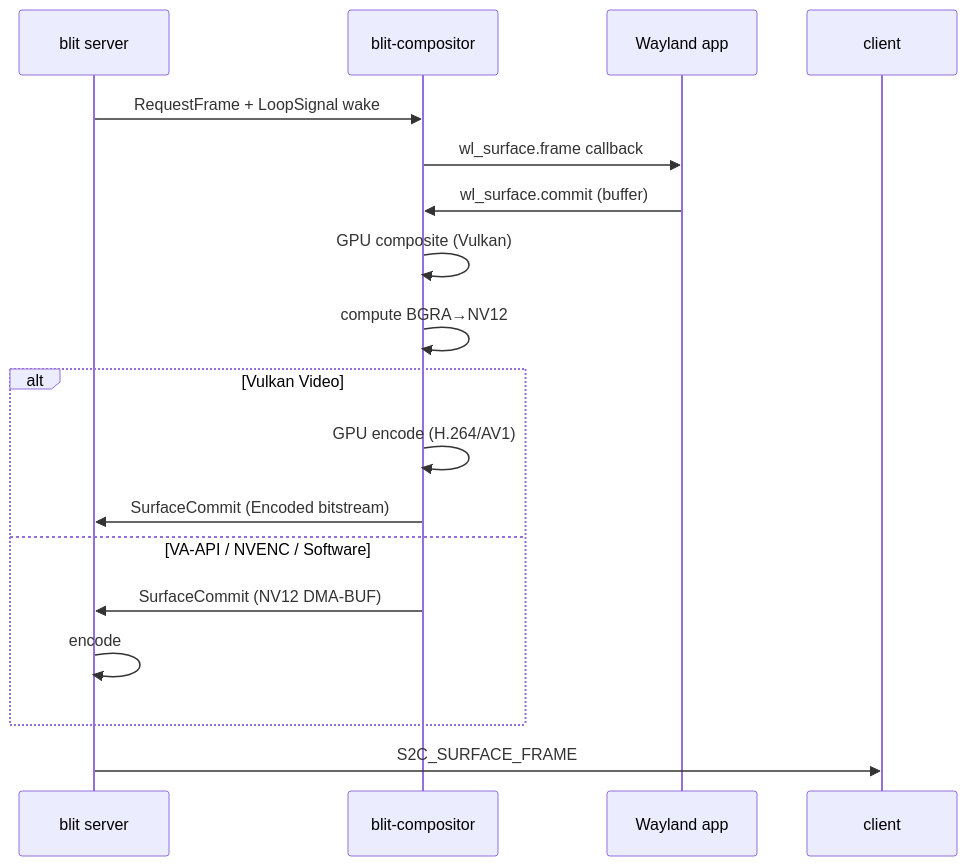
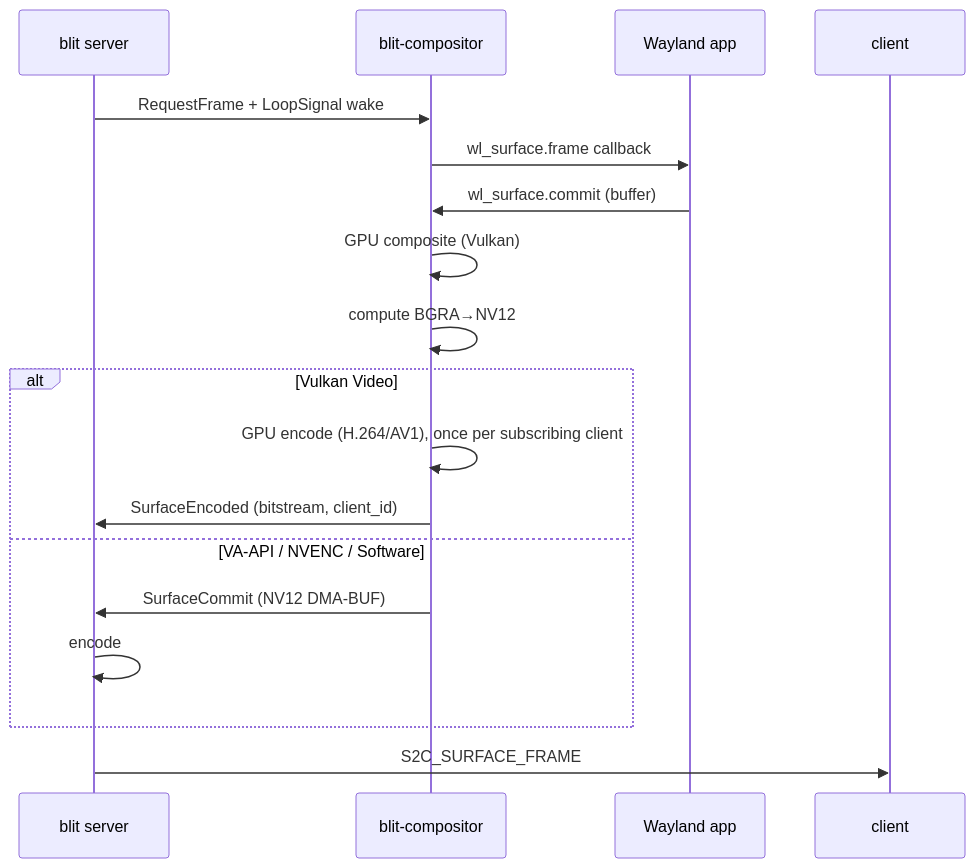
The second of 4 diagrams in docs/server.md (indent-com/blit), drawn with Mermaid before and after one commit. The commit also changed other lines of this file and 13 other files, not shown here.

First line of the commit message:
encoders: adaptive bandwidth, and per-client Vulkan Video sessions

````diff
--- a/docs/server.md
+++ b/docs/server.md
@@ -150,21 +150,21 @@
 ```mermaid
 sequenceDiagram
     participant S as blit server
     participant C as blit-compositor
     participant A as Wayland app
     participant Cl as client
 
     S->>C: RequestFrame + LoopSignal wake
     C->>A: wl_surface.frame callback
     A->>C: wl_surface.commit (buffer)
     C->>C: GPU composite (Vulkan)
     C->>C: compute BGRA→NV12
     alt Vulkan Video
-        C->>C: GPU encode (H.264/AV1)
-        C->>S: SurfaceCommit (Encoded bitstream)
+        C->>C: GPU encode (H.264/AV1), once per subscribing client
+        C->>S: SurfaceEncoded (bitstream, client_id)
     else VA-API / NVENC / Software
         C->>S: SurfaceCommit (NV12 DMA-BUF)
         S->>S: encode
     end
     S->>Cl: S2C_SURFACE_FRAME
 ```
````
